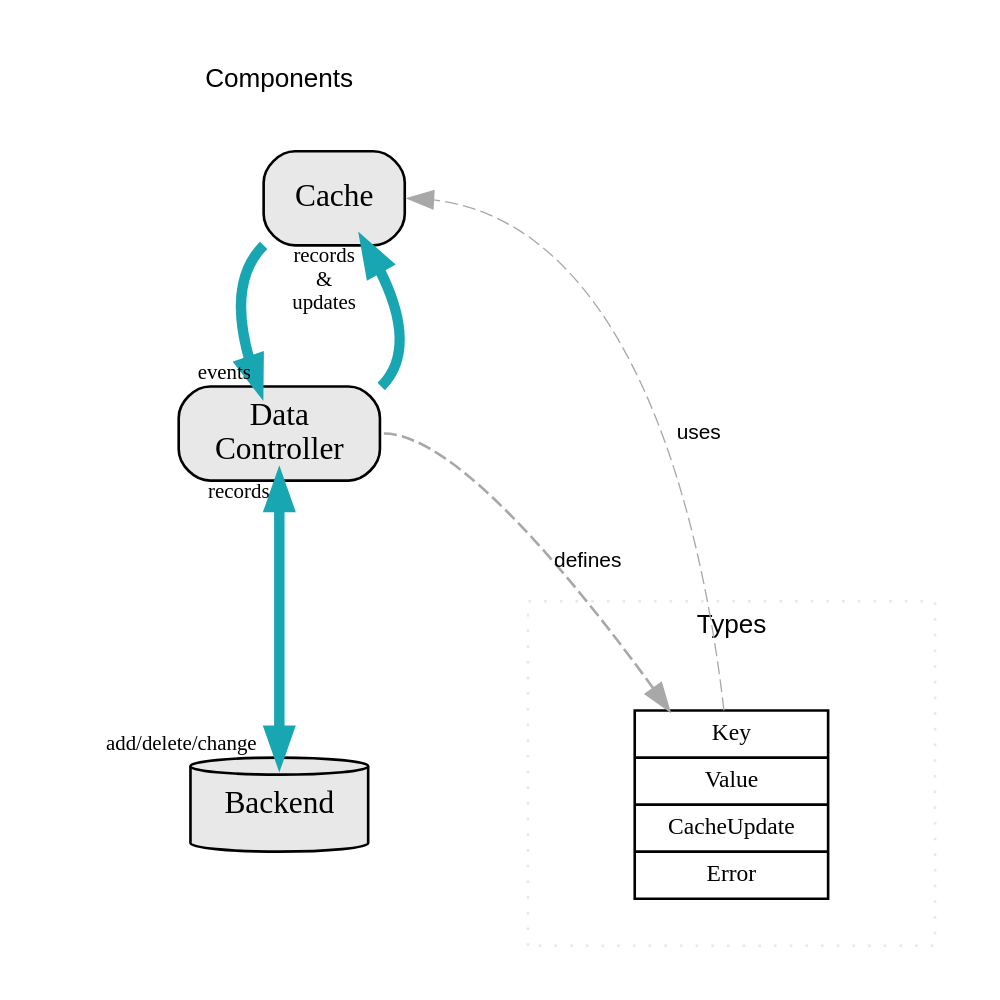
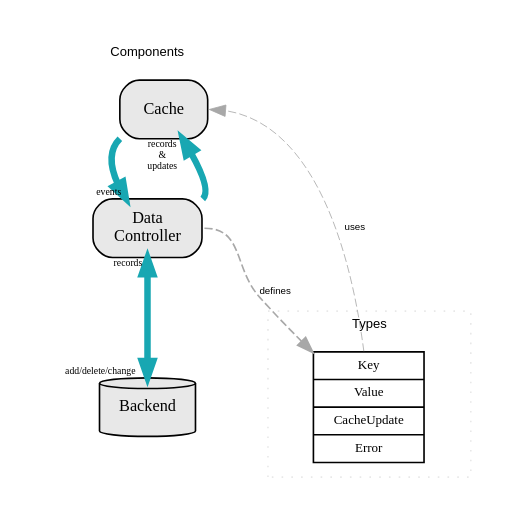
The diagram in docs/operations_diagram.gv (vrurg/wb-cache), drawn with Graphviz before and after one commit. The commit also changed 1 other file, not shown here.

Commit message:
Make the diagram smaller

```diff
--- a/docs/operations_diagram.gv
+++ b/docs/operations_diagram.gv
@@ -1,32 +1,32 @@
 digraph operations_diagram {
-    size="5";
+    size="2.5";
     ratio="fill";
     subgraph clusterTypes {
         style="dotted";
         color="#e8e8e8";
         fontname="Arial, Helvetica, sans-serif";
-        fontsize=10;
-        TypeList [shape="record", label="{Key | Value | CacheUpdate | Error }", fontname="American Typewriter", fontsize=9];
+        fontsize=8;
+        TypeList [shape="record", label="{Key | Value | CacheUpdate | Error }", fontname="American Typewriter", fontsize=8];
         label="Types";
     }
     subgraph clusterComponents {
         pencolor="#ffffff00";
         fontname="Arial, Helvetica, sans-serif";
-        fontsize=10;
-        edge [fontsize=8];
+        fontsize=8;
+        edge [fontsize=6];
         // node [width=1.5, fixedsize="true"];
-        node [shape="box", style="filled, rounded", fillcolor="#e8e8e8", fontname="American Typewriter Semibold", fontsize=12];
+        node [shape="box", style="filled, rounded", fillcolor="#e8e8e8", fontname="American Typewriter Semibold", fontsize=10];
         // Nodes
         Cache [label="Cache"];
         DataController [label="Data\nController"];
         Backend [label="Backend", shape="cylinder"];
         // Edges
         Cache -> DataController [color="#18a7b2", penwidth=4, headlabel="events", tailport="sw", weight=1];
         DataController -> Cache [color="#18a7b2", penwidth=4, headlabel="records\n&\nupdates", tailport="ne"];
         DataController -> Backend [dir="both", color="#18a7b2", penwidth=4, taillabel="records", headlabel="add/delete/change"];
         // Footer
         label="Components";
     }
-    DataController -> TypeList [label="defines", fontsize=8, fontname="Arial, Helvetica, sans-serif", weight=100, style="dashed", color="#a8a8a8", penwidth=1, tailport="e"];
-    TypeList -> Cache [label="uses", fontsize=8, fontname="Arial, Helvetica, sans-serif", weight=1, style="dashed", color="#a8a8a8", penwidth=0.5, headport="e", weight=0];
+    DataController -> TypeList [label="defines", fontsize=6, fontname="Arial, Helvetica, sans-serif", weight=100, style="dashed", color="#a8a8a8", penwidth=1, tailport="e"];
+    TypeList -> Cache [label="uses", fontsize=6, fontname="Arial, Helvetica, sans-serif", weight=1, style="dashed", color="#a8a8a8", penwidth=0.5, headport="e", weight=0];
 }
```
